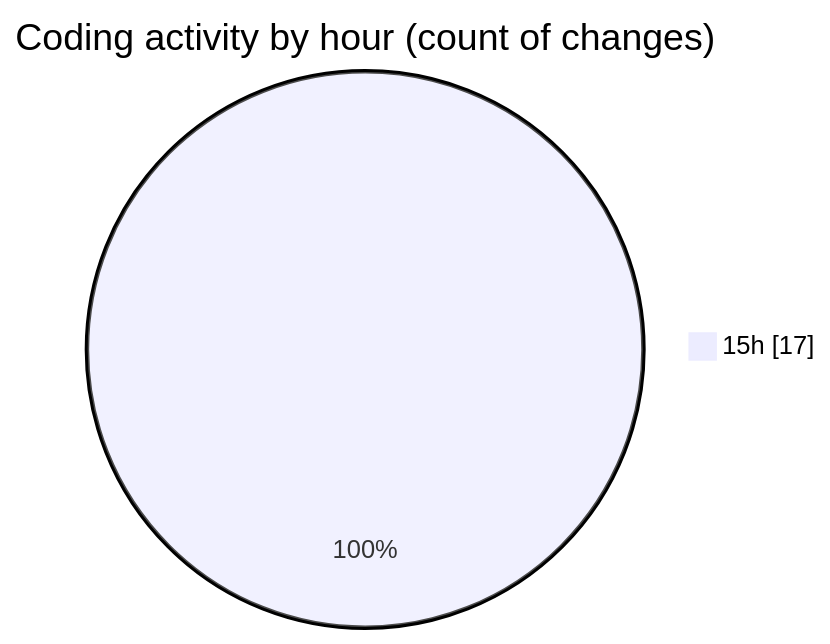
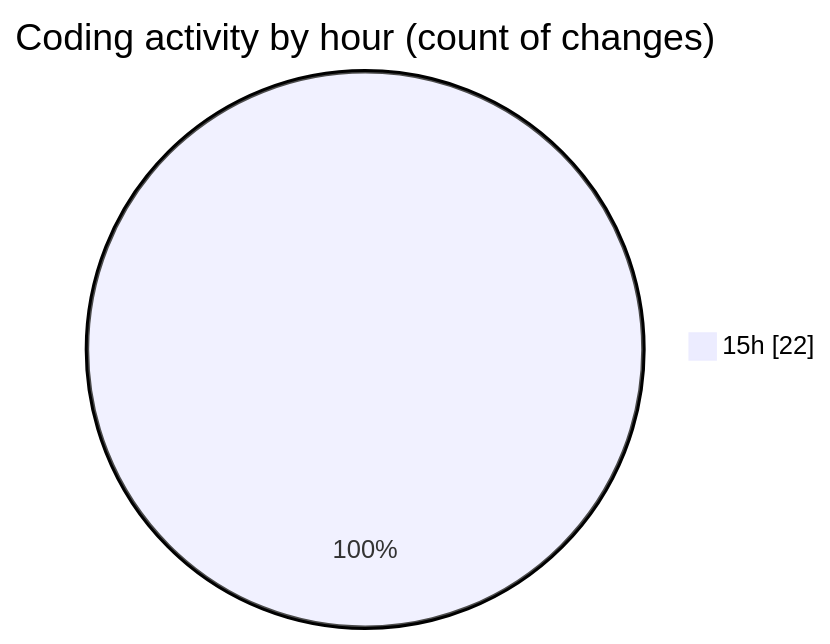
The second of 2 diagrams in 2025-09-01/project_3/README.md (IJAZ3593/code-tracking), drawn with Mermaid before and after one commit. The commit also changed other lines of this file and 1 other file, not shown here.

````diff
--- a/2025-09-01/project_3/README.md
+++ b/2025-09-01/project_3/README.md
@@ -36,5 +36,5 @@
 ```mermaid
 pie showData
 title Coding activity by hour (count of changes)
-"15h" : 17
+"15h" : 22
 ```
````
